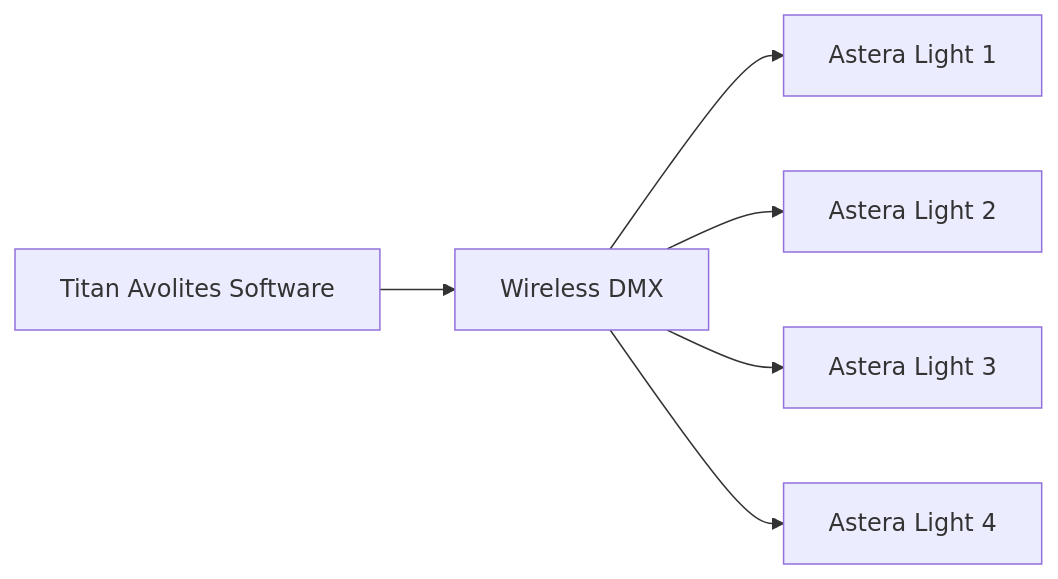
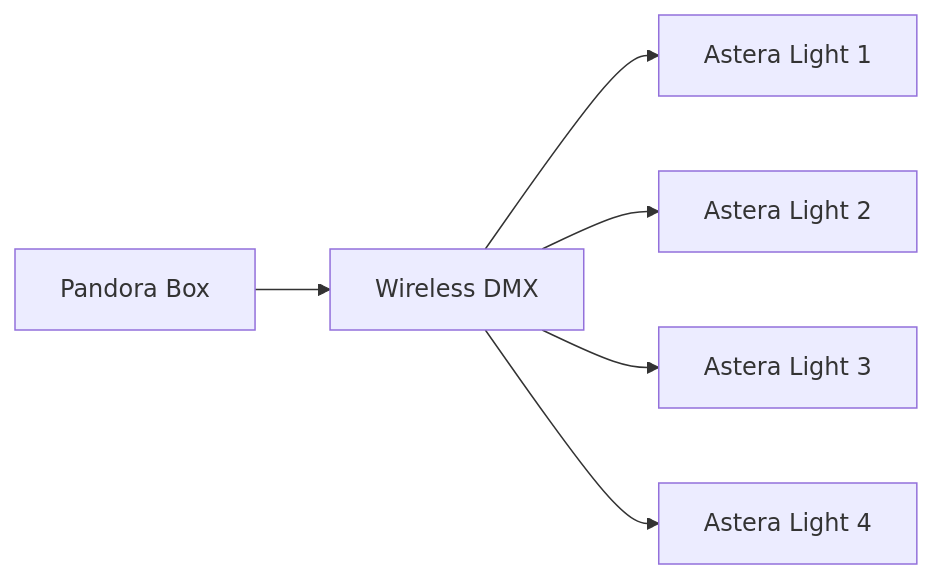
The fourth of 4 diagrams in README.md (deniseten/EGL315), drawn with Mermaid before and after one commit.

````diff
--- a/README.md
+++ b/README.md
@@ -29,9 +29,9 @@
 ```mermaid
 graph LR
 
-A[Titan Avolites Software] --> B[Wireless DMX]
+A[Pandora Box] --> B[Wireless DMX]
 B --> C[Astera Light 1]
 B --> D[Astera Light 2]
 B --> E[Astera Light 3]
 B --> F[Astera Light 4]
 ```
````
